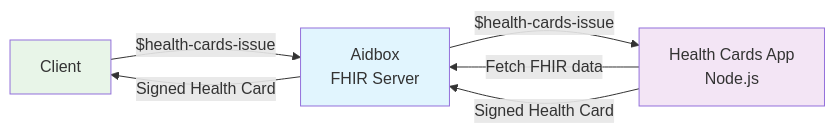
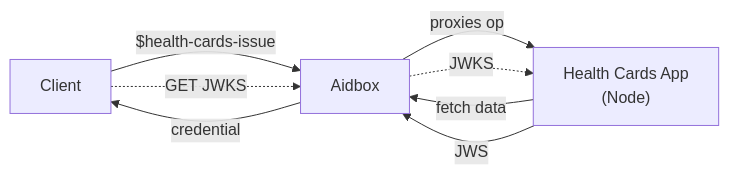
The first of 4 diagrams in aidbox-custom-operations/aidbox-health-card-issue/README.md (Aidbox/examples), drawn with Mermaid before and after one commit. The commit also changed other lines of this file and 20 other files, not shown here.

Commit message:
aidbox-health-card-issue: spec-conformant SMART Health Cards + QR/file/viewer (#39)

````diff
--- a/aidbox-custom-operations/aidbox-health-card-issue/README.md
+++ b/aidbox-custom-operations/aidbox-health-card-issue/README.md
@@ -15,17 +13,14 @@
 ```mermaid
 flowchart LR
-    Client[Client]
-    Aidbox[Aidbox<br/>FHIR Server]
-    App[Health Cards App<br/>Node.js]
+    Client["Client"]
+    Aidbox["Aidbox"]
+    App["Health Cards App<br/>(Node)"]
 
-    Client -->|$health-cards-issue| Aidbox
-    Aidbox -->|$health-cards-issue| App
-    App -->|Fetch FHIR data| Aidbox
-    App -->|Signed Health Card| Aidbox
-    Aidbox -->|Signed Health Card| Client
-
-
-    style Aidbox fill:#e1f5fe
-    style App fill:#f3e5f5
-    style Client fill:#e8f5e8
+    Client -->|"$health-cards-issue"| Aidbox
+    Aidbox -->|"proxies op"| App
+    App -->|"fetch data"| Aidbox
+    App -->|"JWS"| Aidbox
+    Aidbox -->|"credential"| Client
+    Client -.->|"GET JWKS"| Aidbox
+    Aidbox -.->|"JWKS"| App
 ```
````
